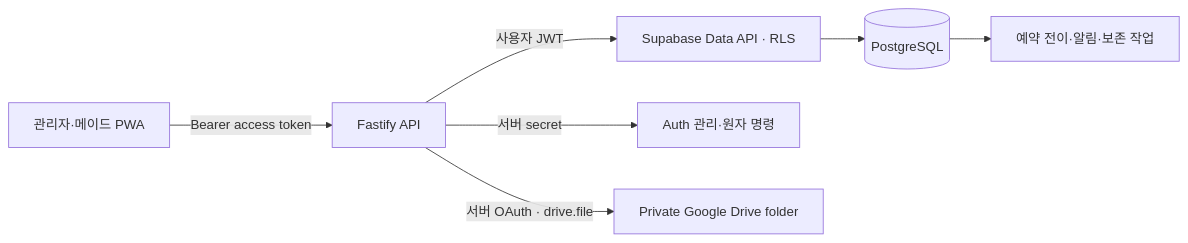
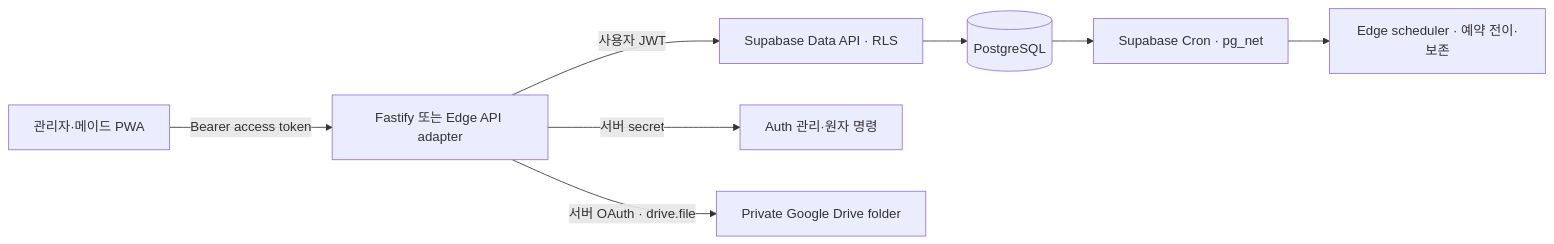
Before and after one commit to wrongstory/room-management-system-backend: the first of 2 diagrams in docs/ARCHITECTURE.md, drawn with Mermaid. The commit also changed other lines of this file and 17 other files, not shown here.

First line of the commit message:
feat(edge): #36 Supabase 무료 운영 PoC 추가

````diff
--- a/docs/ARCHITECTURE.md
+++ b/docs/ARCHITECTURE.md
@@ -18,9 +19,10 @@
 ```mermaid
 flowchart LR
-  UI[관리자·메이드 PWA] -->|Bearer access token| API[Fastify API]
+  UI[관리자·메이드 PWA] -->|Bearer access token| API[Fastify 또는 Edge API adapter]
   API -->|사용자 JWT| DATA[Supabase Data API · RLS]
   API -->|서버 secret| ADMIN[Auth 관리·원자 명령]
   DATA --> DB[(PostgreSQL)]
   API -->|서버 OAuth · drive.file| DRIVE[Private Google Drive folder]
-  DB --> JOBS[예약 전이·알림·보존 작업]
+  DB --> CRON[Supabase Cron · pg_net]
+  CRON --> JOBS[Edge scheduler · 예약 전이·보존]
 ```
````
